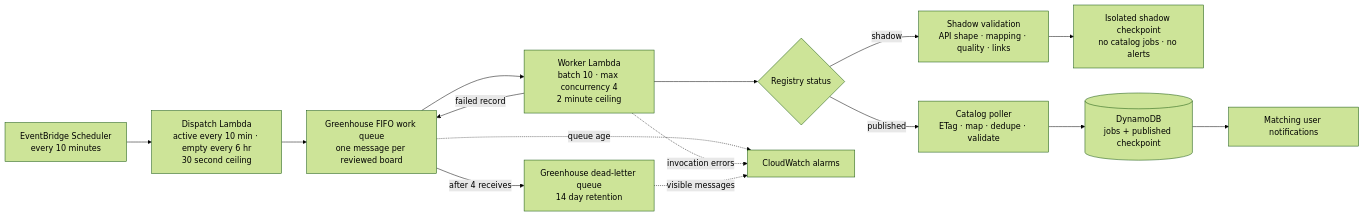
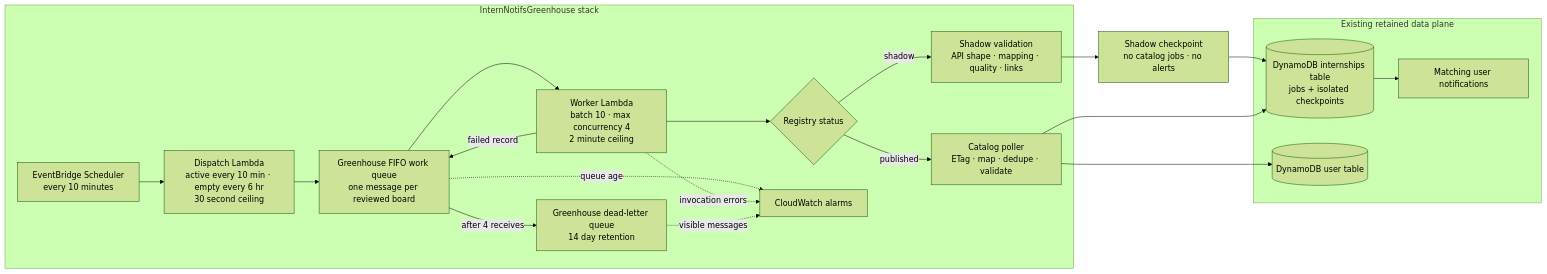
One commit to JDKrasnick/intern-notifs changed the diagram in docs/greenhouse/architecture.mmd. Above: the diagram before and after it, drawn with Mermaid (forest theme). The commit also changed 12 other files, not shown here.

```diff
--- a/docs/greenhouse/architecture.mmd
+++ b/docs/greenhouse/architecture.mmd
@@ -1,20 +1,30 @@
 flowchart LR
-  EB["EventBridge Scheduler<br/>every 10 minutes"] --> D["Dispatch Lambda<br/>active every 10 min · empty every 6 hr<br/>30 second ceiling"]
-  D --> Q["Greenhouse FIFO work queue<br/>one message per reviewed board"]
+  subgraph GH["InternNotifsGreenhouse stack"]
+    EB["EventBridge Scheduler<br/>every 10 minutes"] --> D["Dispatch Lambda<br/>active every 10 min · empty every 6 hr<br/>30 second ceiling"]
+    D --> Q["Greenhouse FIFO work queue<br/>one message per reviewed board"]
 
-  Q --> W["Worker Lambda<br/>batch 10 · max concurrency 4<br/>2 minute ceiling"]
-  W --> R{"Registry status"}
+    Q --> W["Worker Lambda<br/>batch 10 · max concurrency 4<br/>2 minute ceiling"]
+    W --> R{"Registry status"}
 
-  R -->|shadow| S["Shadow validation<br/>API shape · mapping · quality · links"]
-  S --> SC["Isolated shadow checkpoint<br/>no catalog jobs · no alerts"]
+    R -->|shadow| S["Shadow validation<br/>API shape · mapping · quality · links"]
 
-  R -->|published| P["Catalog poller<br/>ETag · map · dedupe · validate"]
-  P --> DB[("DynamoDB<br/>jobs + published checkpoint")]
-  DB --> N["Matching user notifications"]
+    R -->|published| P["Catalog poller<br/>ETag · map · dedupe · validate"]
 
-  W -->|failed record| Q
-  Q -->|after 4 receives| DLQ["Greenhouse dead-letter queue<br/>14 day retention"]
+    W -->|failed record| Q
+    Q -->|after 4 receives| DLQ["Greenhouse dead-letter queue<br/>14 day retention"]
 
-  Q -. queue age .-> CW["CloudWatch alarms"]
-  W -. invocation errors .-> CW
-  DLQ -. visible messages .-> CW
+    Q -. queue age .-> CW["CloudWatch alarms"]
+    W -. invocation errors .-> CW
+    DLQ -. visible messages .-> CW
+  end
+
+  subgraph MAIN["Existing retained data plane"]
+    DB[("DynamoDB internships table<br/>jobs + isolated checkpoints")]
+    UDB[("DynamoDB user table")]
+    N["Matching user notifications"]
+  end
+
+  S --> SC["Shadow checkpoint<br/>no catalog jobs · no alerts"] --> DB
+  P --> DB
+  P --> UDB
+  DB --> N
```
